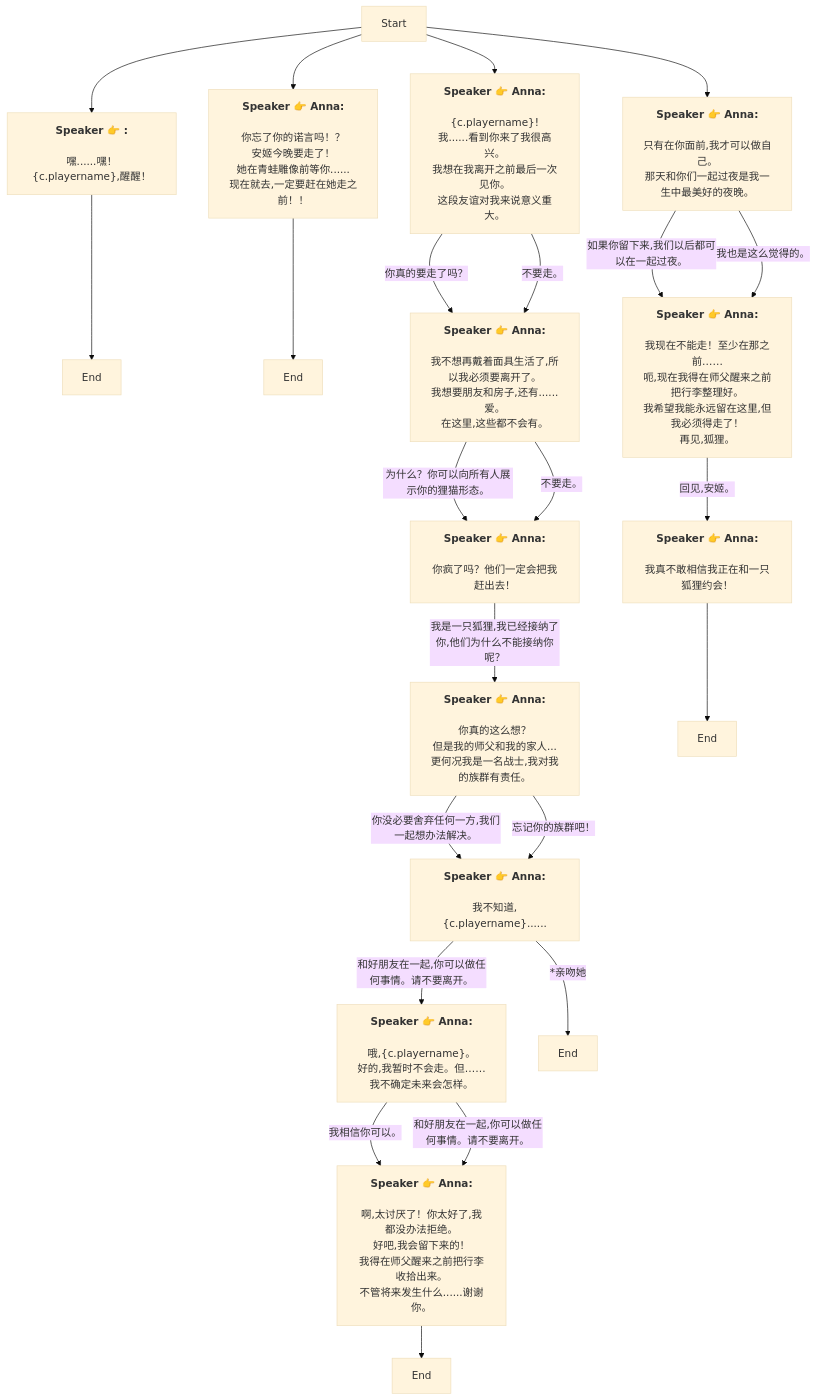
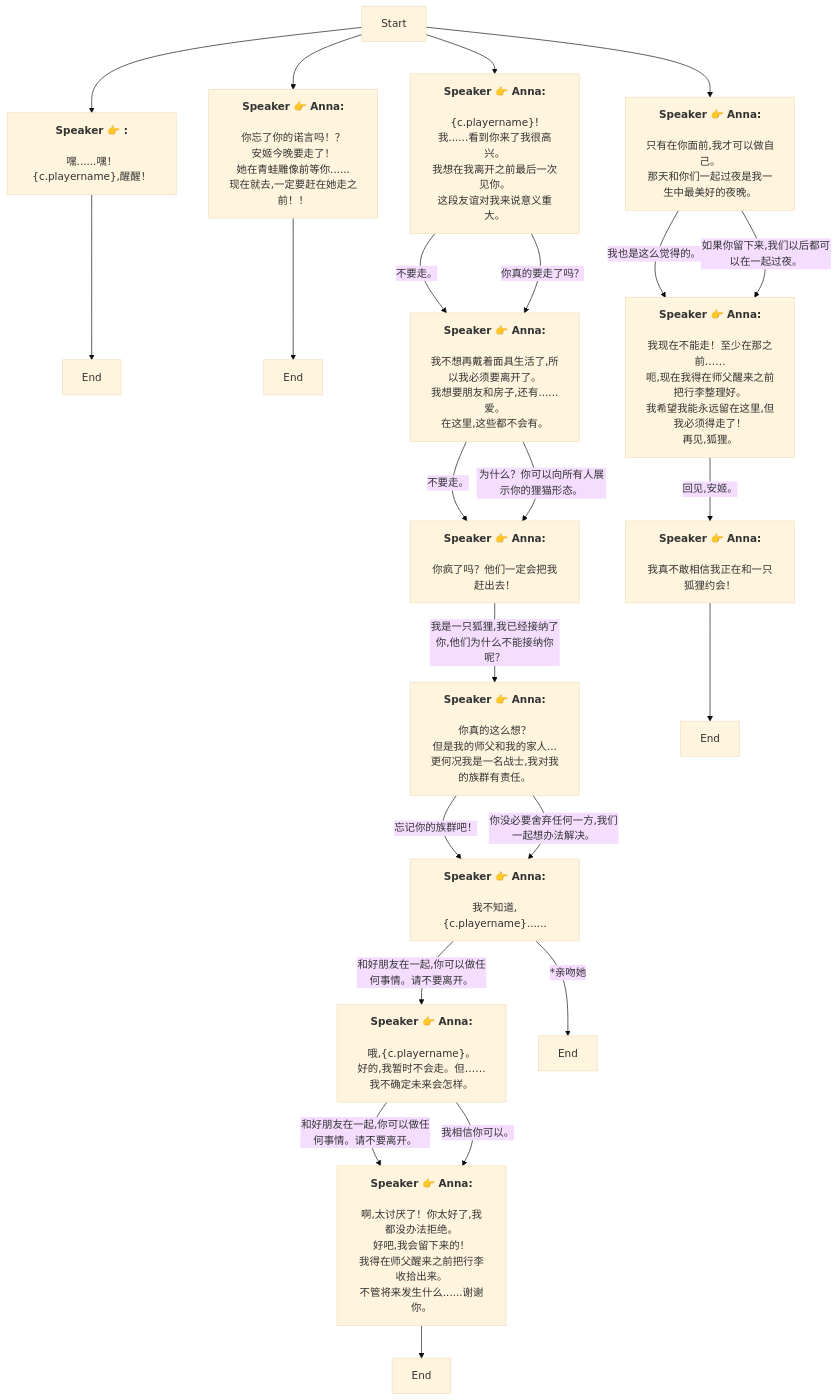
One commit to SoftHu/tos_avg changed the diagram in Zh/heart_4_6_2_9.md. Above: the diagram before and after it, drawn with Mermaid (base theme). The commit also changed other lines of this file and 780 other files, not shown here.

````diff
--- a/Zh/heart_4_6_2_9.md
+++ b/Zh/heart_4_6_2_9.md
@@ -1,45 +1,45 @@
 ```mermaid
 graph
 Start -->1766672157337891[<b>Speaker 👉 :</b>
 \n嘿......嘿！&lbrace;c.playername&rbrace;,醒醒！]
 1766672157337891 -->1766681055228200[End]
 Start -->1766681208037674[<b>Speaker 👉 Anna:</b>
 \n你忘了你的诺言吗！？\n安姬今晚要走了！\n她在青蛙雕像前等你......\n现在就去,一定要赶在她走之前！！]
 1766681208037674 -->1766685341910398[End]
 Start -->1766681352883506[<b>Speaker 👉 Anna:</b>
 \n&lbrace;c.playername&rbrace;!\n我......看到你来了我很高兴。\n我想在我离开之前最后一次见你。\n这段友谊对我来说意义重大。]
+1766681352883506 -->|不要走。|1766686399488482[<b>Speaker 👉 Anna:</b>
+\n我不想再戴着面具生活了,所以我必须要离开了。\n我想要朋友和房子,还有......爱。\n在这里,这些都不会有。]
 1766681352883506 -->|你真的要走了吗？|1766686399488482[<b>Speaker 👉 Anna:</b>
 \n我不想再戴着面具生活了,所以我必须要离开了。\n我想要朋友和房子,还有......爱。\n在这里,这些都不会有。]
-1766681352883506 -->|不要走。|1766686399488482[<b>Speaker 👉 Anna:</b>
-\n我不想再戴着面具生活了,所以我必须要离开了。\n我想要朋友和房子,还有......爱。\n在这里,这些都不会有。]
+1766686399488482 -->|不要走。|1766686528492008[<b>Speaker 👉 Anna:</b>
+\n你疯了吗？他们一定会把我赶出去！]
 1766686399488482 -->|为什么？你可以向所有人展示你的狸猫形态。|1766686528492008[<b>Speaker 👉 Anna:</b>
-\n你疯了吗？他们一定会把我赶出去！]
-1766686399488482 -->|不要走。|1766686528492008[<b>Speaker 👉 Anna:</b>
 \n你疯了吗？他们一定会把我赶出去！]
 1766686528492008 -->|我是一只狐狸,我已经接纳了你,他们为什么不能接纳你呢？|1766686621164014[<b>Speaker 👉 Anna:</b>
 \n你真的这么想？\n但是我的师父和我的家人...\n更何况我是一名战士,我对我的族群有责任。]
+1766686621164014 -->|忘记你的族群吧！|1766686682965492[<b>Speaker 👉 Anna:</b>
+\n我不知道,&lbrace;c.playername&rbrace;......]
 1766686621164014 -->|你没必要舍弃任何一方,我们一起想办法解决。|1766686682965492[<b>Speaker 👉 Anna:</b>
-\n我不知道,&lbrace;c.playername&rbrace;......]
-1766686621164014 -->|忘记你的族群吧！|1766686682965492[<b>Speaker 👉 Anna:</b>
 \n我不知道,&lbrace;c.playername&rbrace;......]
 1766686682965492 -->|和好朋友在一起,你可以做任何事情。请不要离开。|1766686745538043[<b>Speaker 👉 Anna:</b>
 \n哦,&lbrace;c.playername&rbrace;。\n好的,我暂时不会走。但……我不确定未来会怎样。]
 1766686682965492 -->|*亲吻她|1766686807014913[End]
+1766686745538043 -->|和好朋友在一起,你可以做任何事情。请不要离开。|1766686821873154[<b>Speaker 👉 Anna:</b>
+\n啊,太讨厌了！你太好了,我都没办法拒绝。\n好吧,我会留下来的！\n我得在师父醒来之前把行李收拾出来。\n不管将来发生什么......谢谢你。]
 1766686745538043 -->|我相信你可以。|1766686821873154[<b>Speaker 👉 Anna:</b>
-\n啊,太讨厌了！你太好了,我都没办法拒绝。\n好吧,我会留下来的！\n我得在师父醒来之前把行李收拾出来。\n不管将来发生什么......谢谢你。]
-1766686745538043 -->|和好朋友在一起,你可以做任何事情。请不要离开。|1766686821873154[<b>Speaker 👉 Anna:</b>
 \n啊,太讨厌了！你太好了,我都没办法拒绝。\n好吧,我会留下来的！\n我得在师父醒来之前把行李收拾出来。\n不管将来发生什么......谢谢你。]
 1766686821873154 -->1766686858170883[End]
 Start -->1766686900719109[<b>Speaker 👉 Anna:</b>
 \n只有在你面前,我才可以做自己。\n那天和你们一起过夜是我一生中最美好的夜晚。]
-1766686900719109 -->|如果你留下来,我们以后都可以在一起过夜。|1766686953551371[<b>Speaker 👉 Anna:</b>
+1766686900719109 -->|我也是这么觉得的。|1766686953551371[<b>Speaker 👉 Anna:</b>
 \n我现在不能走！至少在那之前……\n呃,现在我得在师父醒来之前把行李整理好。\n我希望我能永远留在这里,但我必须得走了！
 再见,狐狸。]
-1766686900719109 -->|我也是这么觉得的。|1766686953551371[<b>Speaker 👉 Anna:</b>
+1766686900719109 -->|如果你留下来,我们以后都可以在一起过夜。|1766686953551371[<b>Speaker 👉 Anna:</b>
 \n我现在不能走！至少在那之前……\n呃,现在我得在师父醒来之前把行李整理好。\n我希望我能永远留在这里,但我必须得走了！
 再见,狐狸。]
 1766686953551371 -->|回见,安姬。|1766687001349649[<b>Speaker 👉 Anna:</b>
 \n我真不敢相信我正在和一只狐狸约会！]
 1766687001349649 -->1766687019647507[End]
 
 ```
````
